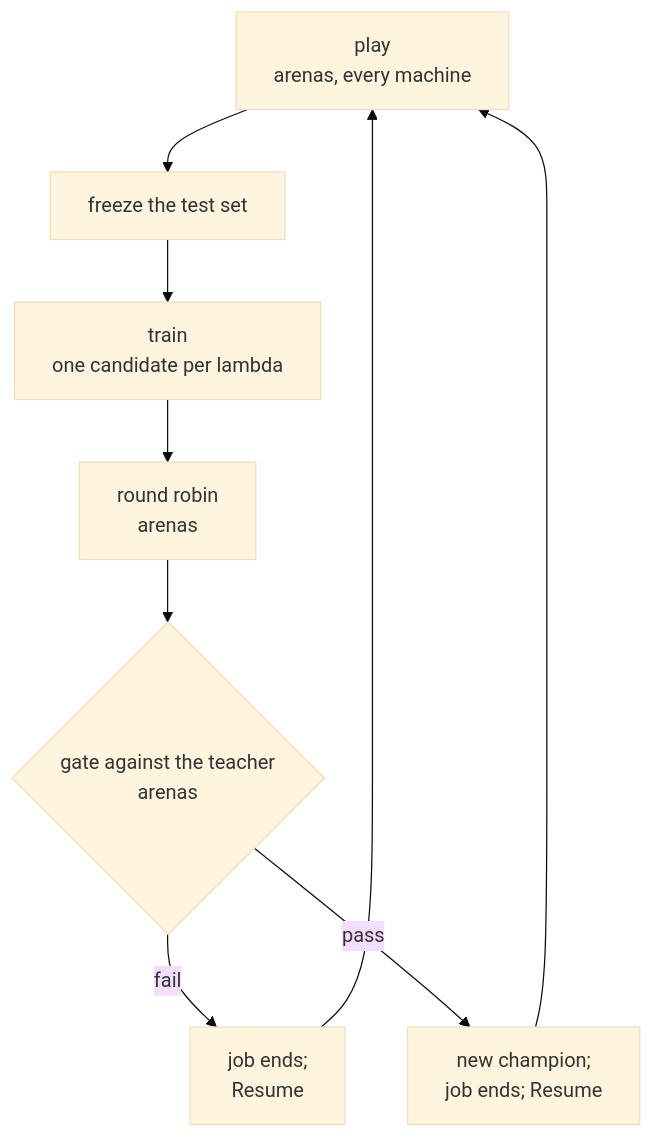
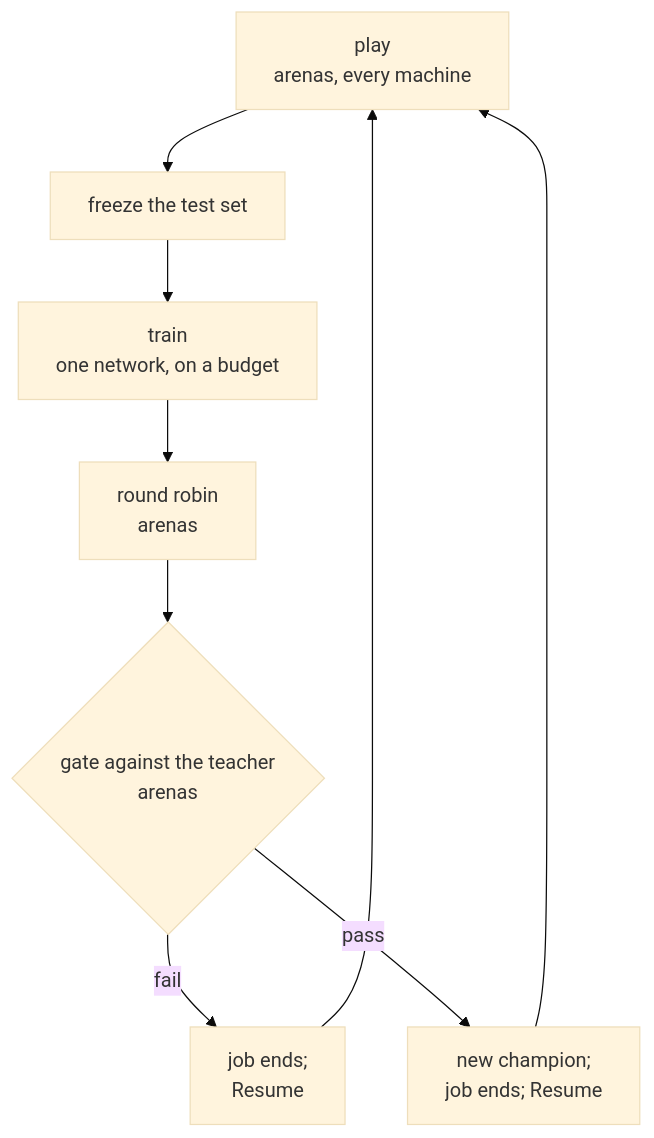
One commit to cigizeta/fattorini changed the diagram in DEV.md. Above: the diagram before and after it, drawn with Mermaid (base theme). The commit also changed other lines of this file and 19 other files, not shown here.

````diff
--- a/DEV.md
+++ b/DEV.md
@@ -91,11 +94,11 @@
 ```mermaid
 flowchart TD
     play["play<br/>arenas, every machine"] --> freeze["freeze the test set"]
-    freeze --> train["train<br/>one candidate per lambda"]
+    freeze --> train["train<br/>one network, on a budget"]
     train --> rr["round robin<br/>arenas"]
     rr --> gate{"gate against the teacher<br/>arenas"}
     gate -->|fail| wait["job ends;<br/>Resume"]
     gate -->|pass| next["new champion;<br/>job ends; Resume"]
     wait --> play
     next --> play
 ```
````
